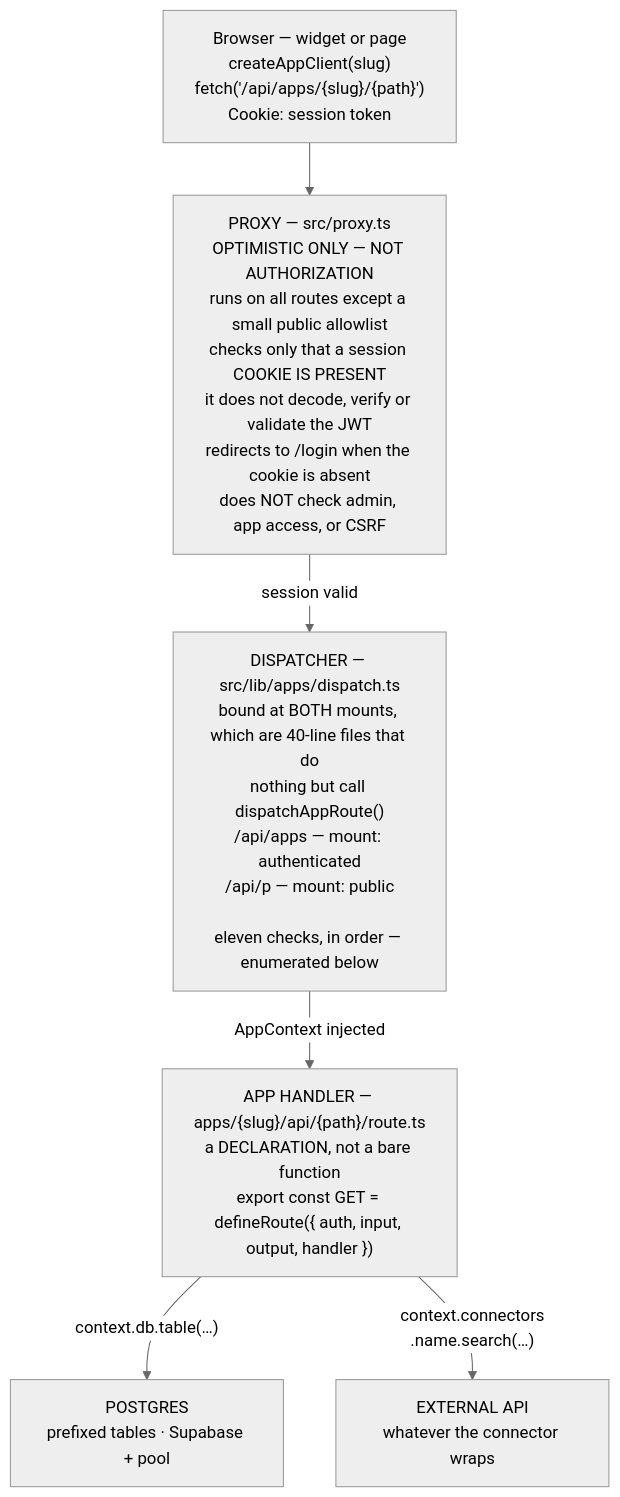
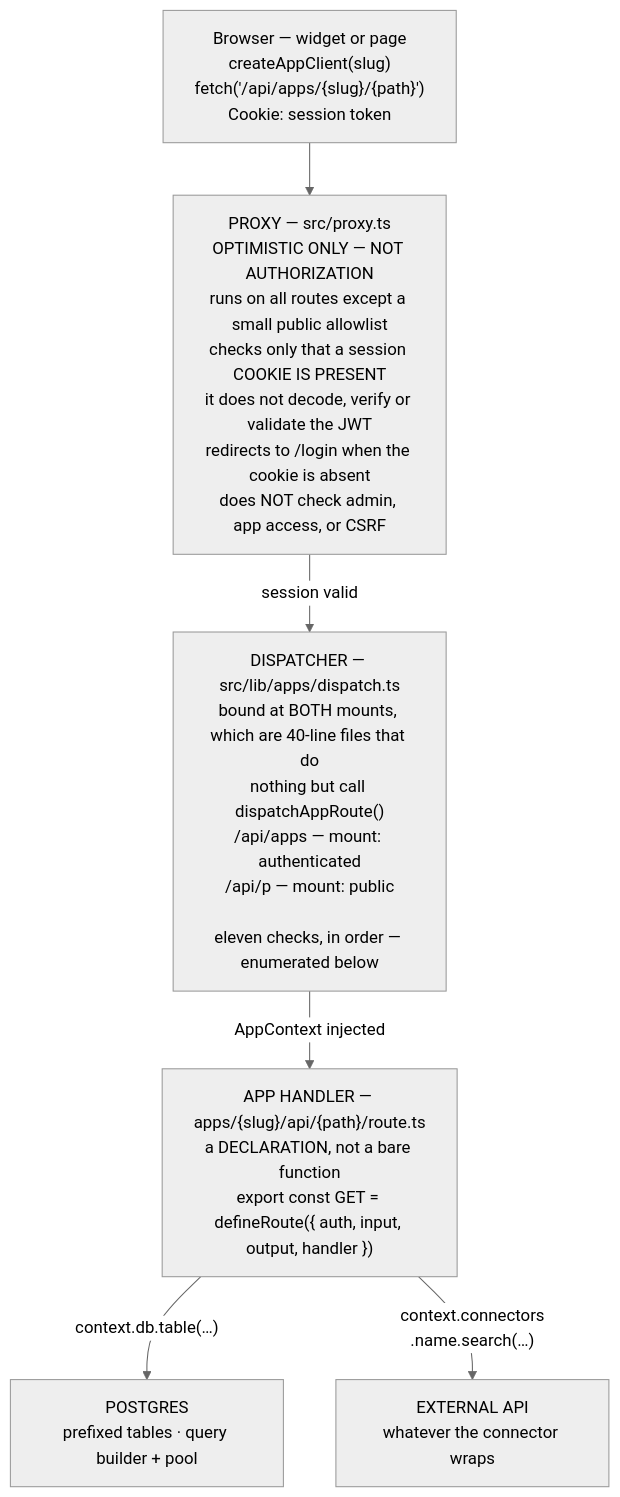
Before and after one commit to mixoshq/mixos: the first of 5 diagrams in docs/security-architecture.md, drawn with Mermaid (neutral theme). The commit also changed other lines of this file and 61 other files, not shown here.

````diff
--- a/docs/security-architecture.md
+++ b/docs/security-architecture.md
@@ -47,19 +47,19 @@
 ```mermaid
 flowchart TD
     BROWSER["Browser — widget or page<br/>createAppClient(slug)<br/>fetch('/api/apps/{slug}/{path}')<br/>Cookie: session token"]
 
     BROWSER --> PROXY
 
     PROXY["PROXY — src/proxy.ts<br/>OPTIMISTIC ONLY — NOT AUTHORIZATION<br/>runs on all routes except a small public allowlist<br/>checks only that a session COOKIE IS PRESENT<br/>it does not decode, verify or validate the JWT<br/>redirects to /login when the cookie is absent<br/>does NOT check admin, app access, or CSRF"]
 
     PROXY -- "session valid" --> DISPATCH
 
     DISPATCH["DISPATCHER — src/lib/apps/dispatch.ts<br/>bound at BOTH mounts, which are 40-line files that do<br/>nothing but call dispatchAppRoute()<br/>/api/apps — mount: authenticated<br/>/api/p — mount: public<br/><br/>eleven checks, in order — enumerated below"]
 
     DISPATCH -- "AppContext injected" --> HANDLER
 
     HANDLER["APP HANDLER — apps/{slug}/api/{path}/route.ts<br/>a DECLARATION, not a bare function<br/>export const GET = defineRoute({ auth, input, output, handler })"]
 
-    HANDLER -- "context.db.table(…)" --> PG["POSTGRES<br/>prefixed tables · Supabase + pool"]
+    HANDLER -- "context.db.table(…)" --> PG["POSTGRES<br/>prefixed tables · query builder + pool"]
     HANDLER -- "context.connectors<br/>.name.search(…)" --> EXT["EXTERNAL API<br/>whatever the connector wraps"]
 ```
````
